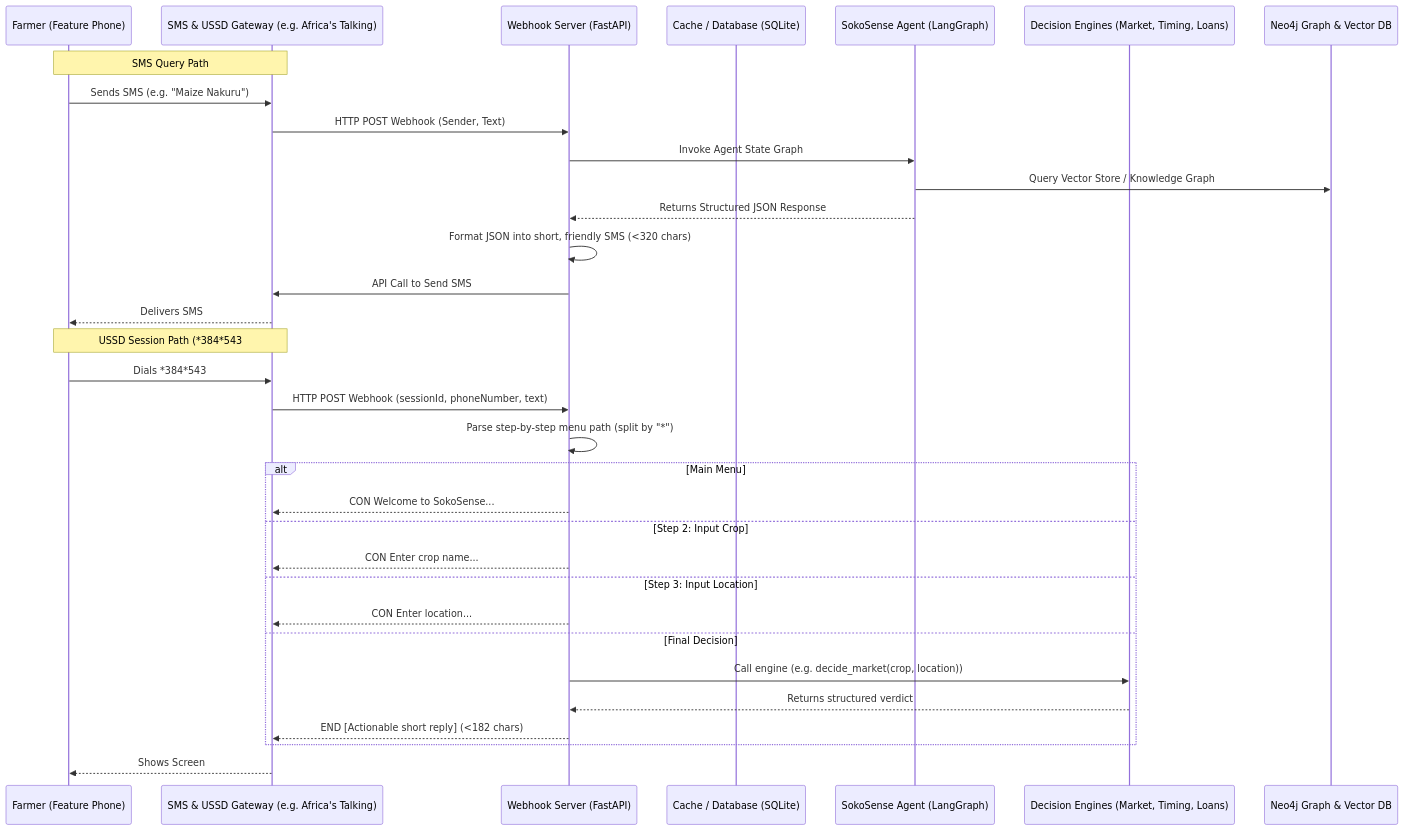
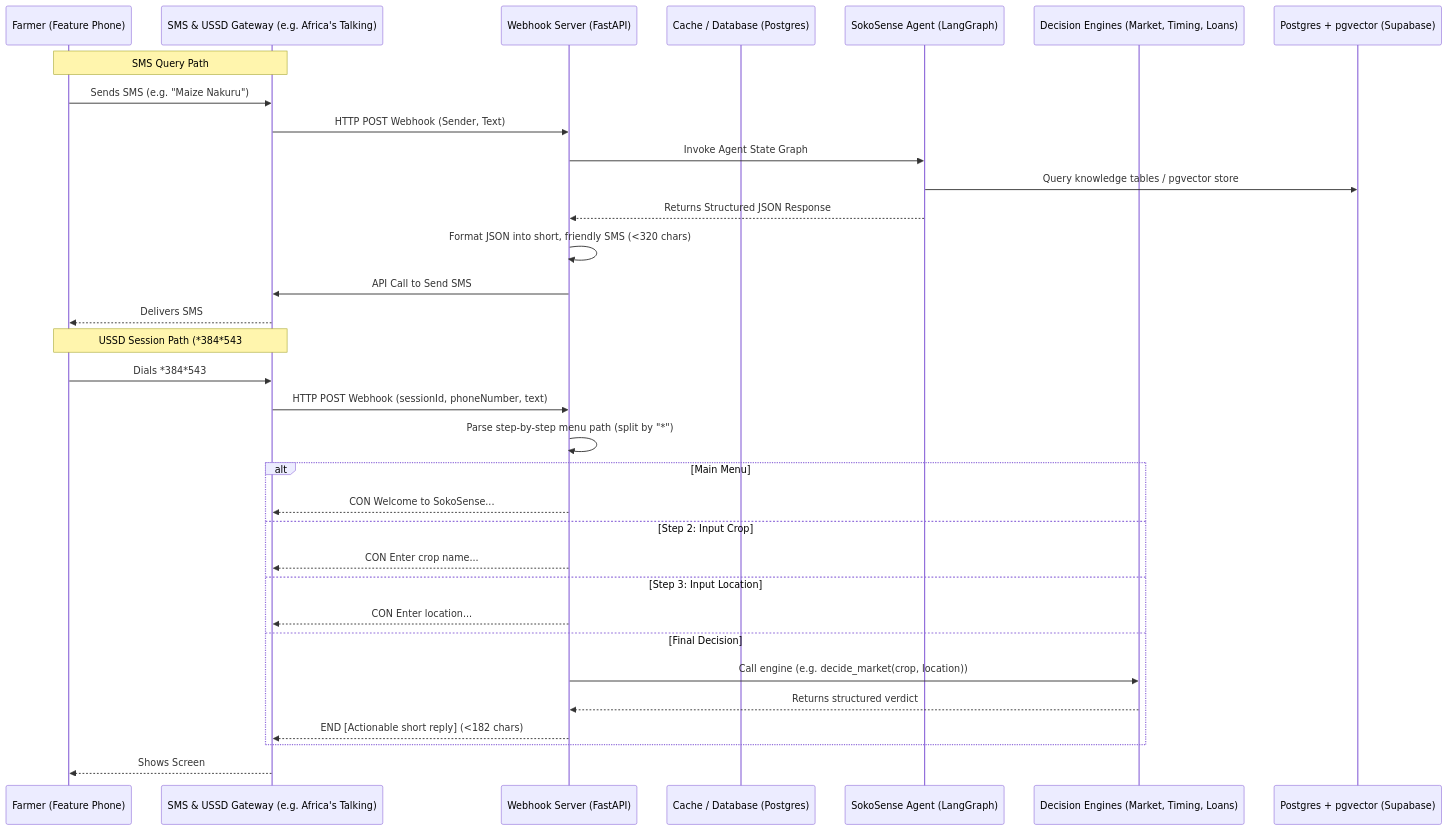
Before and after one commit to Sophie-Muchiri12/SokoSense: the diagram in docs/sms_integration_plan.md, drawn with Mermaid. The commit also changed other lines of this file and 105 other files, not shown here.

````diff
--- a/docs/sms_integration_plan.md
+++ b/docs/sms_integration_plan.md
@@ -9,37 +9,37 @@
 ```mermaid
 sequenceDiagram
     participant Farmer as Farmer (Feature Phone)
     participant Gateway as SMS & USSD Gateway (e.g. Africa's Talking)
     participant Webhook as Webhook Server (FastAPI)
-    participant Cache as Cache / Database (SQLite)
+    participant Cache as Cache / Database (Postgres)
     participant Agent as SokoSense Agent (LangGraph)
     participant Engines as Decision Engines (Market, Timing, Loans)
-    participant Neo4j as Neo4j Graph & Vector DB
+    participant PG as Postgres + pgvector (Supabase)
 
     Note over Farmer, Gateway: SMS Query Path
     Farmer->>Gateway: Sends SMS (e.g. "Maize Nakuru")
     Gateway->>Webhook: HTTP POST Webhook (Sender, Text)
     Webhook->>Agent: Invoke Agent State Graph
-    Agent->>Neo4j: Query Vector Store / Knowledge Graph
+    Agent->>PG: Query knowledge tables / pgvector store
     Agent-->>Webhook: Returns Structured JSON Response
     Webhook->>Webhook: Format JSON into short, friendly SMS (<320 chars)
     Webhook->>Gateway: API Call to Send SMS
     Gateway-->>Farmer: Delivers SMS
 
     Note over Farmer, Gateway: USSD Session Path (*384*543#)
     Farmer->>Gateway: Dials *384*543#
     Gateway->>Webhook: HTTP POST Webhook (sessionId, phoneNumber, text)
     Webhook->>Webhook: Parse step-by-step menu path (split by "*")
     alt Main Menu
         Webhook-->>Gateway: CON Welcome to SokoSense...
     else Step 2: Input Crop
         Webhook-->>Gateway: CON Enter crop name...
     else Step 3: Input Location
         Webhook-->>Gateway: CON Enter location...
     else Final Decision
         Webhook->>Engines: Call engine (e.g. decide_market(crop, location))
         Engines-->>Webhook: Returns structured verdict
         Webhook-->>Gateway: END [Actionable short reply] (<182 chars)
     end
     Gateway-->>Farmer: Shows Screen
 ```
````
